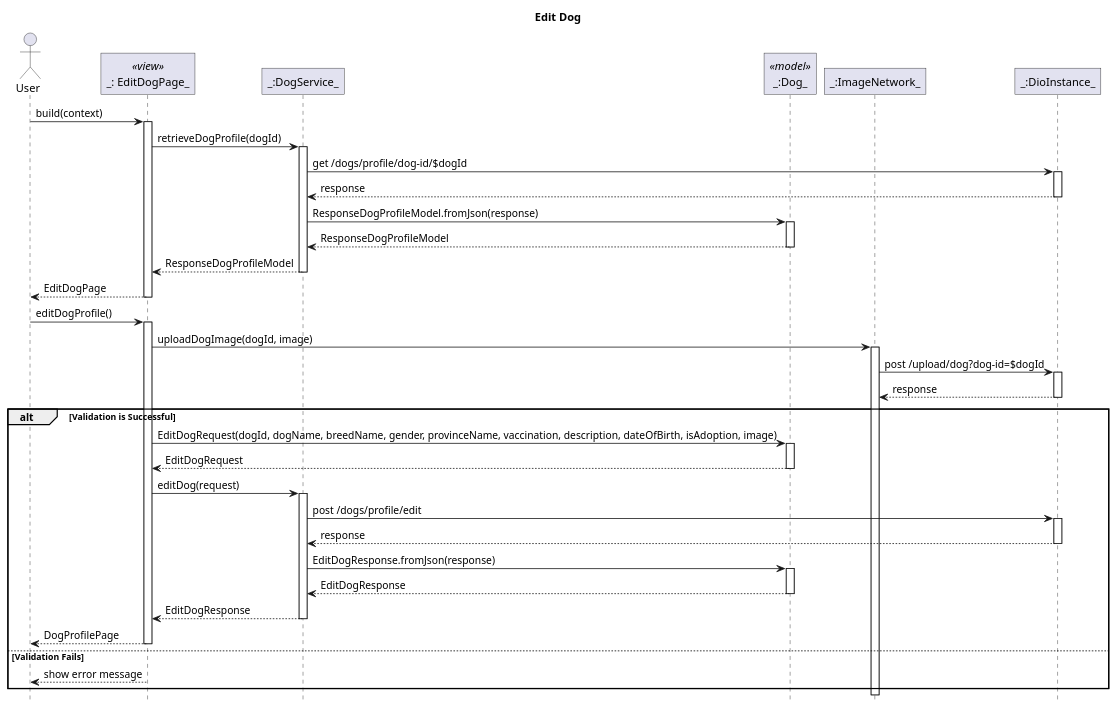
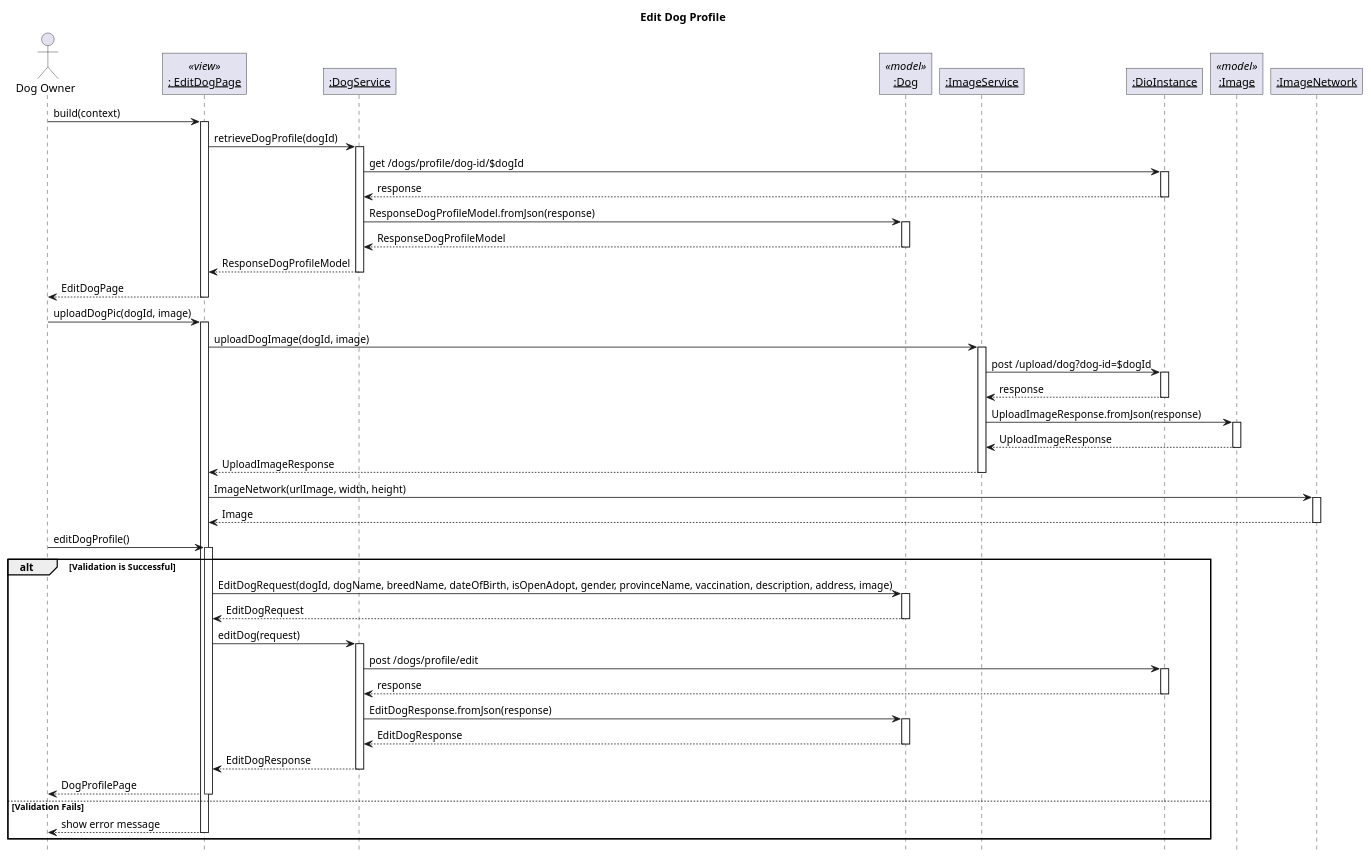
The diagram in lib/plantuml/sequence/dog/edit dog.puml (sharoncedila/FO_woofers), drawn with PlantUML before and after one commit. The commit also changed 31 other files, not shown here.

Commit message:
push updated sequence plantuml

```diff
--- a/lib/plantuml/sequence/dog/edit dog.puml
+++ b/lib/plantuml/sequence/dog/edit dog.puml
@@ -1,49 +1,57 @@
-@startuml AddDog
+@startuml Edit Dog Profile
 ' Global param
-title Edit Dog
+title Edit Dog Profile
 autoactivate on
 
 ' Global style configuration
 skinparam RoundCorner 0
 hide footbox
 
 ' Sequence participant configuration
-actor User
-participant "_: EditDogPage_" as Page <<view>>
-participant "_:DogService_" as Service
-participant "_:Dog_" as Model <<model>>
-participant "_:ImageNetwork_" as Image
-participant "_:DioInstance_" as Dio
+actor "Dog Owner" as User
+participant "__: EditDogPage__" as Page <<view>>
+participant "__:DogService__" as Service
+participant "__:Dog__" as Model <<model>>
+participant "__:ImageService__" as ImageService
+participant "__:DioInstance__" as Dio
+participant "__:Image__" as ImageModel <<model>>
+participant "__:ImageNetwork__" as Image
 
 
 ' Sequence diagram
 User -> Page: build(context)
 Page -> Service: retrieveDogProfile(dogId)
 Service -> Dio: get /dogs/profile/dog-id/$dogId
 Service <-- Dio: response
 Service -> Model: ResponseDogProfileModel.fromJson(response)
 Service <-- Model: ResponseDogProfileModel
 Page <-- Service: ResponseDogProfileModel
 User <-- Page: EditDogPage
+User -> Page: uploadDogPic(dogId, image)
+Page -> ImageService: uploadDogImage(dogId, image)
+ImageService -> Dio : post /upload/dog?dog-id=$dogId
+ImageService <-- Dio : response
+ImageService -> ImageModel: UploadImageResponse.fromJson(response)
+ImageService <-- ImageModel: UploadImageResponse
+Page <-- ImageService : UploadImageResponse
+Page -> Image : ImageNetwork(urlImage, width, height)
+Page <-- Image : Image
 User -> Page: editDogProfile()
-Page -> Image: uploadDogImage(dogId, image)
-Image -> Dio : post /upload/dog?dog-id=$dogId
-Image <-- Dio : response
 alt Validation is Successful
-Page -> Model: EditDogRequest(dogId, dogName, breedName, gender, provinceName, vaccination, description, dateOfBirth, isAdoption, image)
+Page -> Model: EditDogRequest(dogId, dogName, breedName, dateOfBirth, isOpenAdopt, gender, provinceName, vaccination, description, address, image)
 Page <-- Model: EditDogRequest
 Page -> Service: editDog(request)
 Service -> Dio : post /dogs/profile/edit
 Service <-- Dio : response
 Service -> Model: EditDogResponse.fromJson(response)
 Service <-- Model: EditDogResponse
 Page <-- Service: EditDogResponse
 User <-- Page: DogProfilePage
 else Validation Fails
     User <-- Page: show error message
 end
 
 
 
 
 @enduml
```
